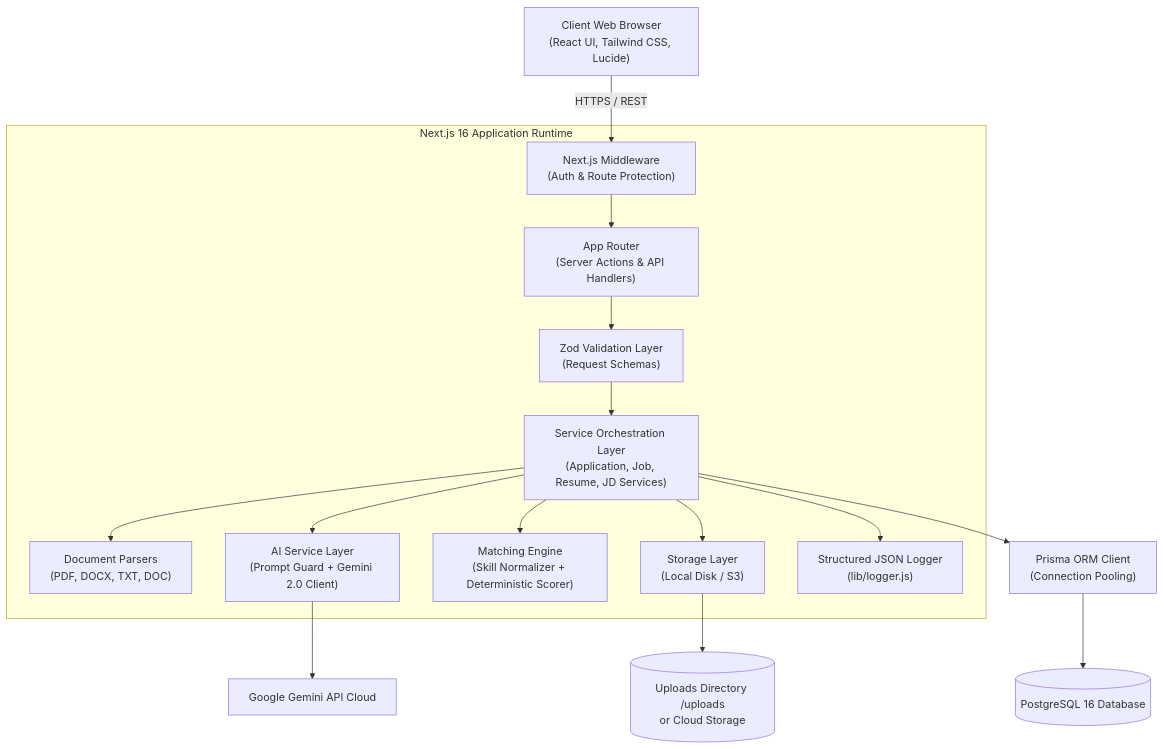
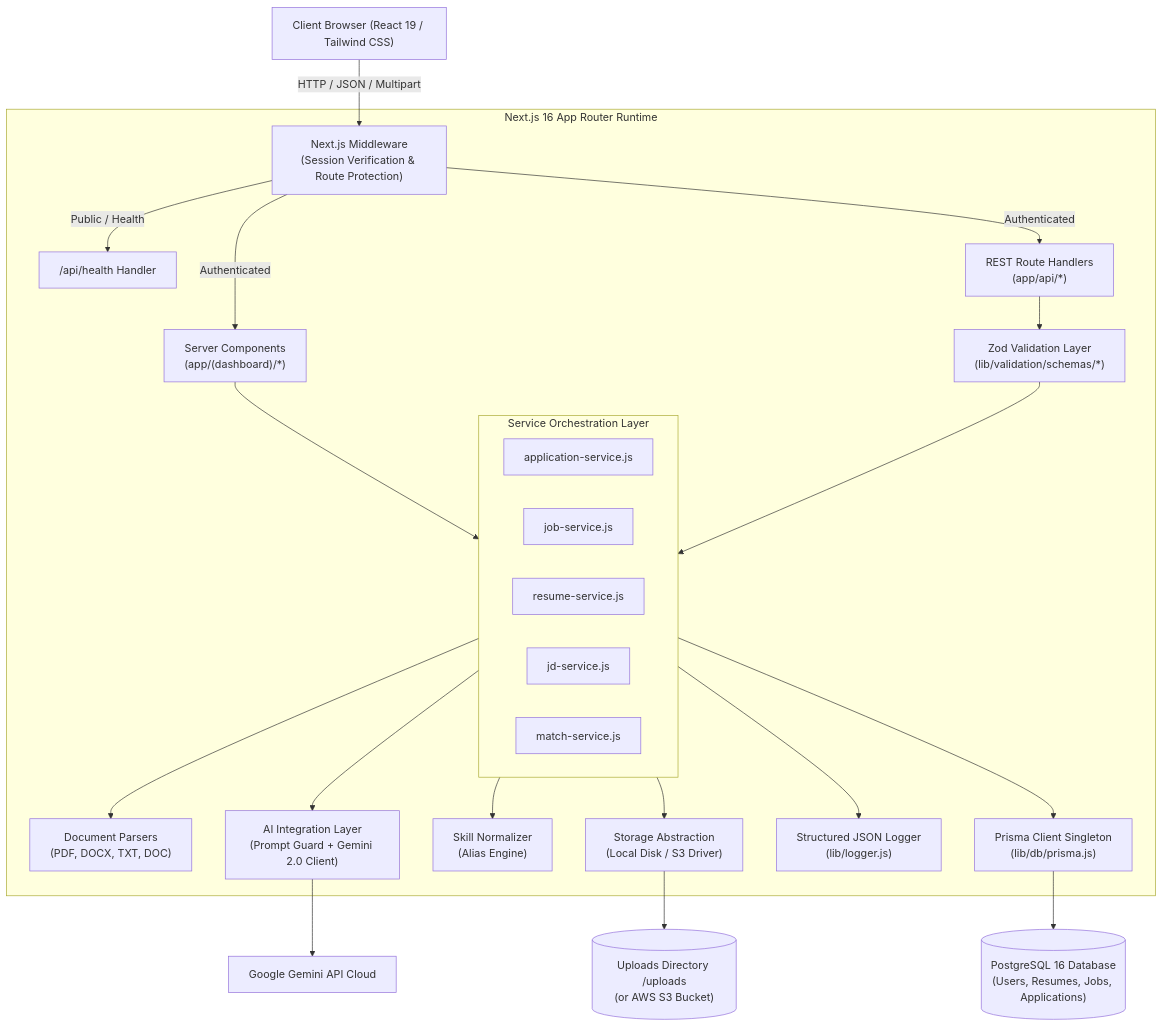
One commit to GarvDTU27/jobOS changed the second of 7 diagrams in masterplan.md. Above: the diagram before and after it, drawn with Mermaid. The commit also changed other lines of this file and 2 other files, not shown here.

Commit message:
docs: enrich documentation with comprehensive specifications, diagrams, and task criteria

````diff
--- a/masterplan.md
+++ b/masterplan.md
@@ -108,22 +166,34 @@
 ```mermaid
 flowchart TD
-    UserClient["Client Web Browser\n(React UI, Tailwind CSS, Lucide)"] -->|HTTPS / REST| Ingress["Next.js Middleware\n(Auth & Route Protection)"]
+    Client["Client Browser (React 19 / Tailwind CSS)"] -->|HTTP / JSON / Multipart| Ingress["Next.js Middleware\n(Session Verification & Route Protection)"]
 
-    subgraph AppServer["Next.js 16 Application Runtime"]
-        Ingress --> AppRouter["App Router\n(Server Actions & API Handlers)"]
+    subgraph NextServer["Next.js 16 App Router Runtime"]
+        Ingress -->|Public / Health| HealthHandler["/api/health Handler"]
+        Ingress -->|Authenticated| RouteHandlers["REST Route Handlers\n(app/api/*)"]
+        Ingress -->|Authenticated| ServerPages["Server Components\n(app/(dashboard)/*)"]
+
+        RouteHandlers --> ZodVal["Zod Validation Layer\n(lib/validation/schemas/*)"]
+        ServerPages --> ServiceLayer["Domain Service Layer\n(lib/services/*)"]
+        ZodVal --> ServiceLayer
+
+        subgraph ServiceLayer["Service Orchestration Layer"]
+            AppService["application-service.js"]
+            JobService["job-service.js"]
+            ResumeService["resume-service.js"]
+            JDService["jd-service.js"]
+            MatchService["match-service.js"]
+        end
+
+        ServiceLayer --> Parsers["Document Parsers\n(PDF, DOCX, TXT, DOC)"]
+        ServiceLayer --> AIModule["AI Integration Layer\n(Prompt Guard + Gemini 2.0 Client)"]
+        ServiceLayer --> Normalizer["Skill Normalizer\n(Alias Engine)"]
+        ServiceLayer --> Storage["Storage Abstraction\n(Local Disk / S3 Driver)"]
+        ServiceLayer --> Logger["Structured JSON Logger\n(lib/logger.js)"]
         
-        AppRouter --> Val["Zod Validation Layer\n(Request Schemas)"]
-        Val --> Services["Service Orchestration Layer\n(Application, Job, Resume, JD Services)"]
-        
-        Services --> Parsers["Document Parsers\n(PDF, DOCX, TXT, DOC)"]
-        Services --> AI["AI Service Layer\n(Prompt Guard + Gemini 2.0 Client)"]
-        Services --> Matching["Matching Engine\n(Skill Normalizer + Deterministic Scorer)"]
-        Services --> Storage["Storage Layer\n(Local Disk / S3)"]
-        Services --> Logger["Structured JSON Logger\n(lib/logger.js)"]
+        ServiceLayer --> PrismaSingleton["Prisma Client Singleton\n(lib/db/prisma.js)"]
     end
 
-    Services --> PrismaClient["Prisma ORM Client\n(Connection Pooling)"]
-    PrismaClient --> Postgres[("PostgreSQL 16 Database")]
-    Storage --> LocalDir[("Uploads Directory /uploads\nor Cloud Storage")]
-    AI --> GeminiCloud["Google Gemini API Cloud"]
+    PrismaSingleton --> PostgresDB[("PostgreSQL 16 Database\n(Users, Resumes, Jobs, Applications)")]
+    Storage --> LocalDisk[("Uploads Directory /uploads\n(or AWS S3 Bucket)")]
+    AIModule --> GeminiAPI["Google Gemini API Cloud"]
 ```
````
